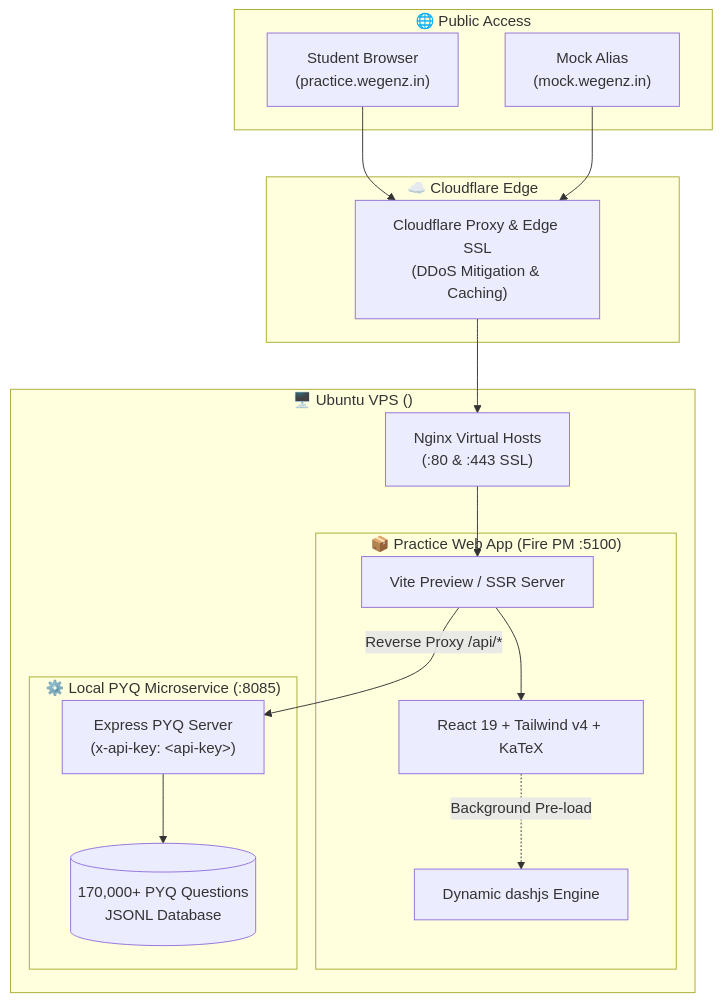
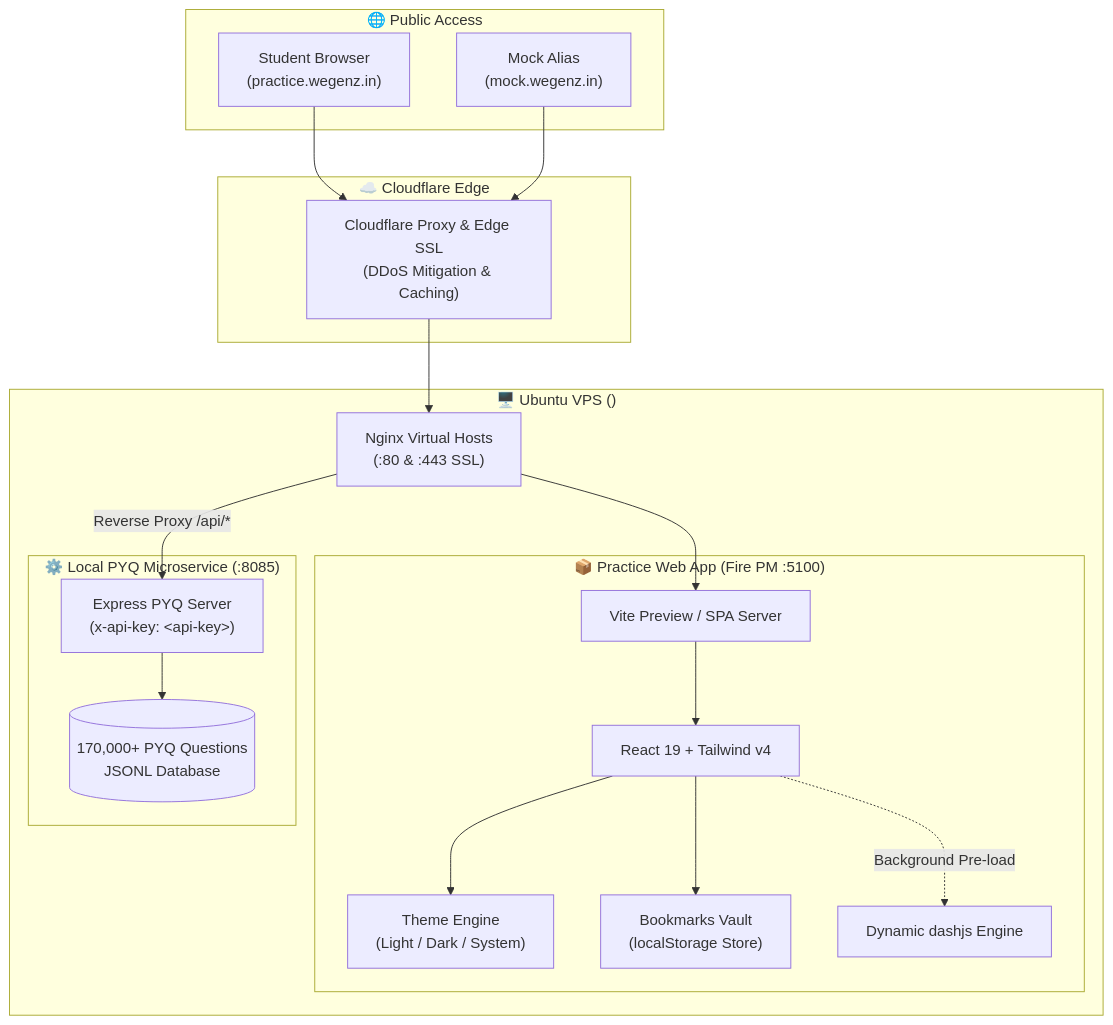
Before and after one commit to Fire162/practice-wegenz: the first of 3 diagrams in README.md, drawn with Mermaid. The commit also changed other lines of this file, not shown here.

Commit message:
docs: update README with dark theme, bookmarks vault, dual modes, keyboard shortcuts, and API reference

````diff
--- a/README.md
+++ b/README.md
@@ -42,35 +43,39 @@
 ```mermaid
 flowchart TD
     subgraph Clients["🌐 Public Access"]
         U1["Student Browser<br/>(practice.wegenz.in)"]
         U2["Mock Alias<br/>(mock.wegenz.in)"]
     end
 
     subgraph Edge["☁️ Cloudflare Edge"]
         CF["Cloudflare Proxy & Edge SSL<br/>(DDoS Mitigation & Caching)"]
     end
 
     subgraph VPS["🖥️ Ubuntu VPS (<your-vps-ip>)"]
         NGINX["Nginx Virtual Hosts<br/>(:80 & :443 SSL)"]
         
         subgraph App["📦 Practice Web App (Fire PM :5100)"]
-            VITE["Vite Preview / SSR Server"]
-            REACT["React 19 + Tailwind v4 + KaTeX"]
+            VITE["Vite Preview / SPA Server"]
+            REACT["React 19 + Tailwind v4"]
+            THEME["Theme Engine<br/>(Light / Dark / System)"]
+            VAULT["Bookmarks Vault<br/>(localStorage Store)"]
             DASH["Dynamic dashjs Engine"]
         end
 
         subgraph Backend["⚙️ Local PYQ Microservice (:8085)"]
             PYQ["Express PYQ Server<br/>(x-api-key: &lt;api-key&gt;)"]
             DATA[("170,000+ PYQ Questions<br/>JSONL Database")]
         end
     end
 
     U1 --> CF
     U2 --> CF
     CF --> NGINX
     NGINX --> VITE
     VITE --> REACT
+    REACT --> THEME
+    REACT --> VAULT
     REACT -.->|Background Pre-load| DASH
-    VITE -->|Reverse Proxy /api/*| PYQ
+    NGINX -->|Reverse Proxy /api/*| PYQ
     PYQ --> DATA
 ```
````
